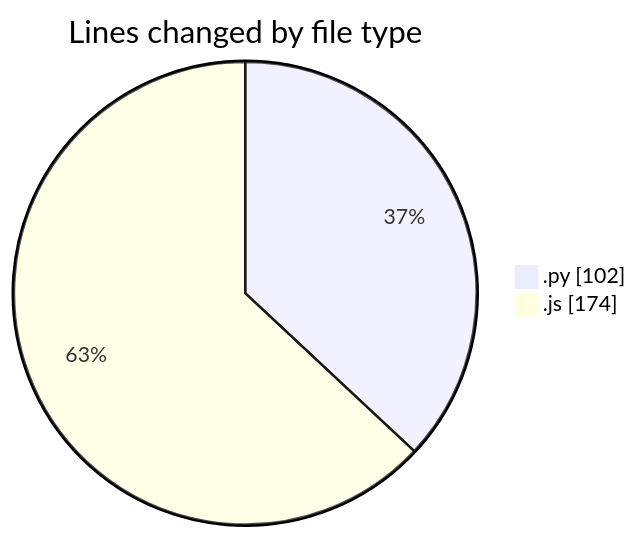
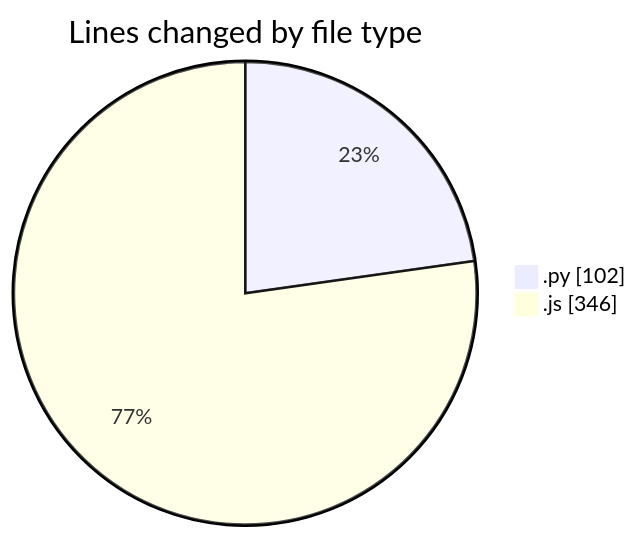
Before and after one commit to nxtqubesakshisongat/code-tracking: the first of 2 diagrams in 2025-04-12/nxtqube_webapp/README.md, drawn with Mermaid. The commit also changed other lines of this file and 1 other file, not shown here.

````diff
--- a/2025-04-12/nxtqube_webapp/README.md
+++ b/2025-04-12/nxtqube_webapp/README.md
@@ -21,6 +21,6 @@
 ```mermaid
 pie showData
 title Lines changed by file type
 ".py" : 102
-".js" : 174
+".js" : 346
 ```
````
